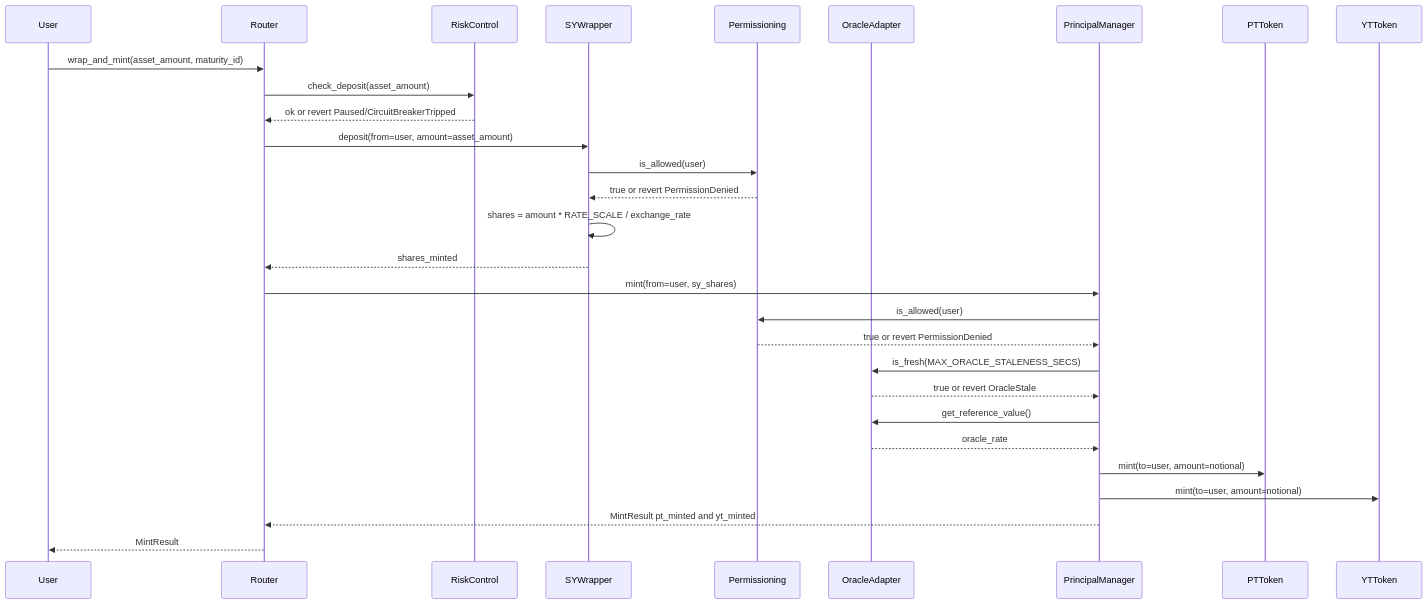
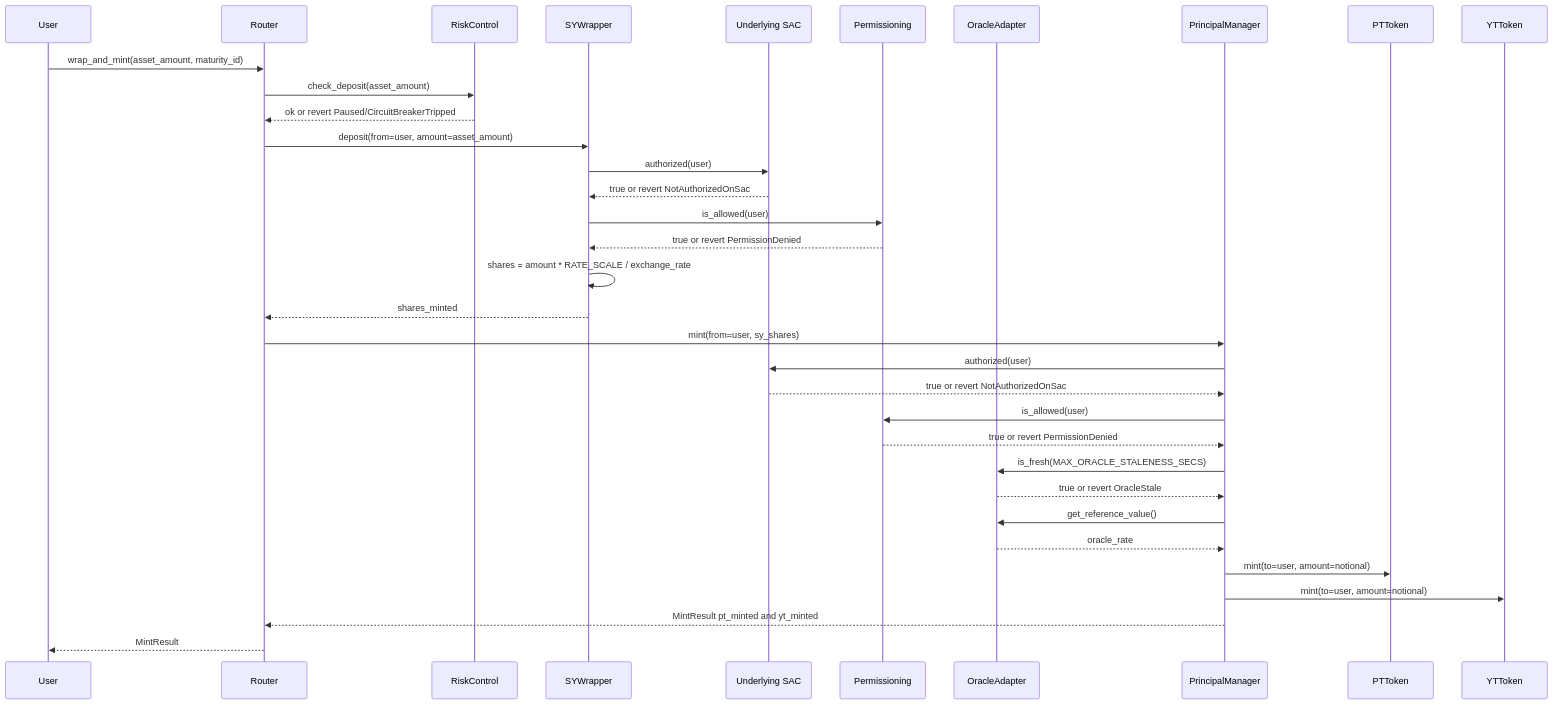
The second of 9 diagrams in ARCHITECTURE.md (principal-Protocol-org/principal), drawn with Mermaid before and after one commit. The commit also changed other lines of this file and 7 other files, not shown here.

````diff
--- a/ARCHITECTURE.md
+++ b/ARCHITECTURE.md
@@ -136,32 +151,37 @@
 ```mermaid
 sequenceDiagram
     participant U as User
     participant RT as Router
     participant RC as RiskControl
     participant SYW as SYWrapper
+    participant UND as Underlying SAC
     participant PERM as Permissioning
     participant OA as OracleAdapter
     participant PM as PrincipalManager
     participant PT as PTToken
     participant YT as YTToken
 
     U->>RT: wrap_and_mint(asset_amount, maturity_id)
     RT->>RC: check_deposit(asset_amount)
     RC-->>RT: ok or revert Paused/CircuitBreakerTripped
     RT->>SYW: deposit(from=user, amount=asset_amount)
+    SYW->>UND: authorized(user)
+    UND-->>SYW: true or revert NotAuthorizedOnSac
     SYW->>PERM: is_allowed(user)
     PERM-->>SYW: true or revert PermissionDenied
     SYW->>SYW: shares = amount * RATE_SCALE / exchange_rate
     SYW-->>RT: shares_minted
     RT->>PM: mint(from=user, sy_shares)
+    PM->>UND: authorized(user)
+    UND-->>PM: true or revert NotAuthorizedOnSac
     PM->>PERM: is_allowed(user)
     PERM-->>PM: true or revert PermissionDenied
     PM->>OA: is_fresh(MAX_ORACLE_STALENESS_SECS)
     OA-->>PM: true or revert OracleStale
     PM->>OA: get_reference_value()
     OA-->>PM: oracle_rate
     PM->>PT: mint(to=user, amount=notional)
     PM->>YT: mint(to=user, amount=notional)
     PM-->>RT: MintResult pt_minted and yt_minted
     RT-->>U: MintResult
 ```
````
